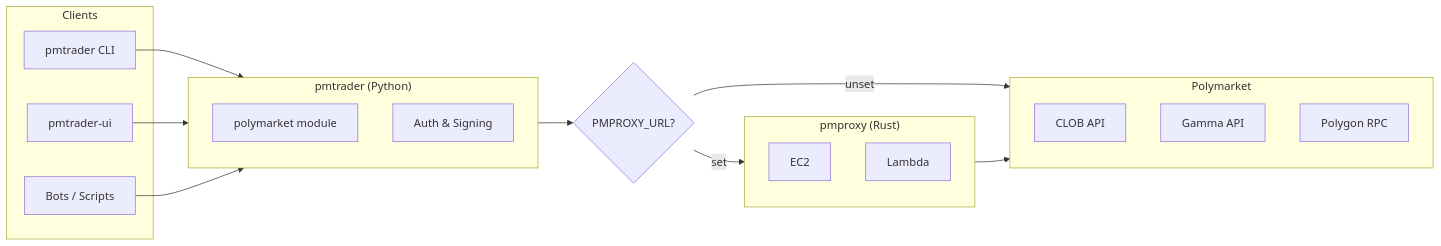
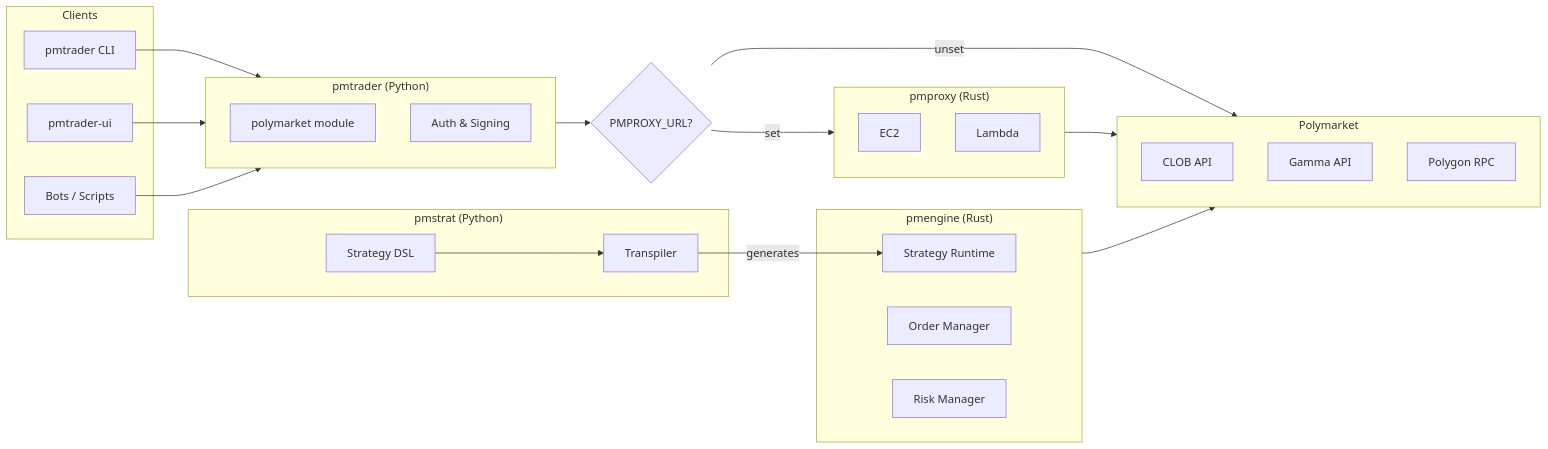
The diagram in README.md (hunterjsb/pmt), drawn with Mermaid before and after one commit. The commit also changed other lines of this file and 32 other files, not shown here.

First line of the commit message:
Add pmengine (Rust HFT engine) and pmstrat (Python strategy DSL)

````diff
--- a/README.md
+++ b/README.md
@@ -12,35 +14,50 @@
 ```mermaid
 flowchart LR
     subgraph Clients
         CLI["pmtrader CLI"]
         UI["pmtrader-ui"]
         BOT["Bots / Scripts"]
     end
 
     subgraph PMT["pmtrader (Python)"]
         LIB["polymarket module"]
         AUTH["Auth & Signing"]
     end
+
+    subgraph STRATDSL["pmstrat (Python)"]
+        DSL["Strategy DSL"]
+        TRANS["Transpiler"]
+    end
+
+    subgraph ENGINE["pmengine (Rust)"]
+        STRAT["Strategy Runtime"]
+        ORDER["Order Manager"]
+        RISK["Risk Manager"]
+    end
+
+    DSL --> TRANS
+    TRANS -->|"generates"| STRAT
 
     CLI --> PMT
     UI --> PMT
     BOT --> PMT
 
     PMT --> DECIDE{"PMPROXY_URL?"}
 
     subgraph PROXY["pmproxy (Rust)"]
         EC2["EC2"]
         LAMBDA["Lambda"]
     end
 
     DECIDE -->|set| PROXY
     DECIDE -->|unset| POLY
 
     subgraph POLY["Polymarket"]
         CLOB["CLOB API"]
         GAMMA["Gamma API"]
         RPC["Polygon RPC"]
     end
 
     PROXY --> POLY
+    ENGINE --> POLY
 ```
````
